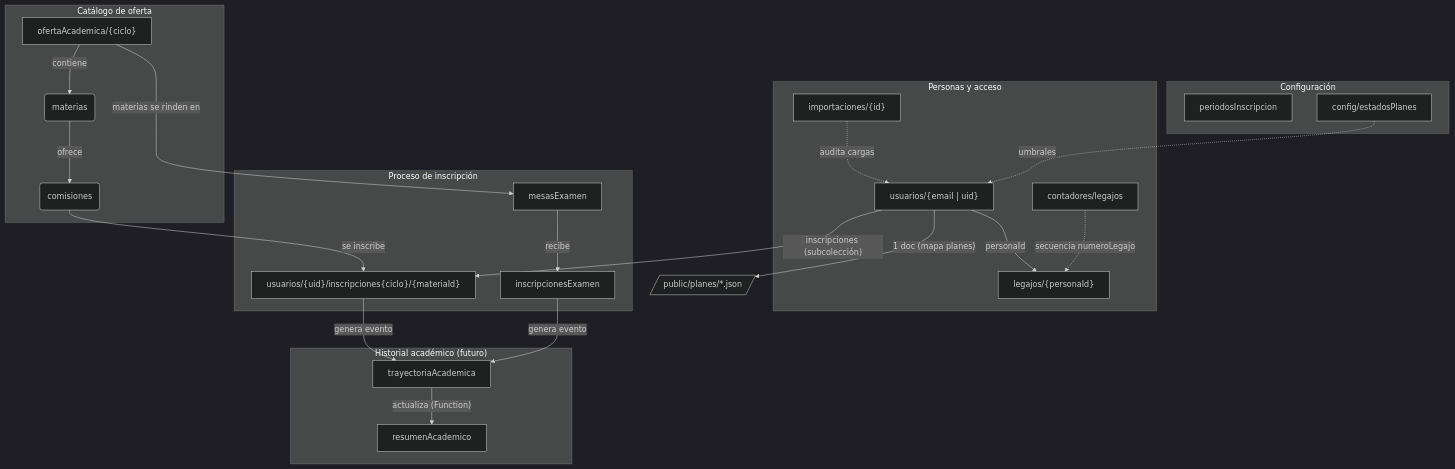
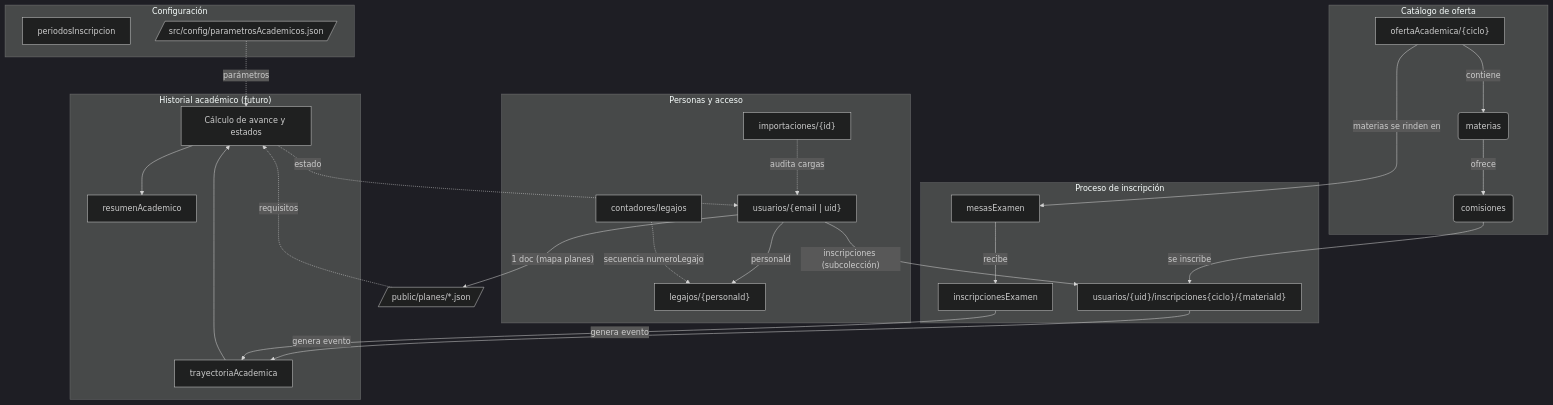
The diagram in docs/modelo-datos.md (informaticaesmn/sige), drawn with Mermaid (dark theme) before and after one commit. The commit also changed other lines of this file and 7 other files, not shown here.

````diff
--- a/docs/modelo-datos.md
+++ b/docs/modelo-datos.md
@@ -24,48 +32,52 @@
 ```mermaid
 graph TD
     subgraph "Configuración"
         PI[periodosInscripcion]
-        CFG[config/estadosPlanes]
+        PARAM[/"src/config/parametrosAcademicos.json"/]
     end
 
     subgraph "Catálogo de oferta"
         OA["ofertaAcademica/{ciclo}"]
         M(materias)
         S(comisiones)
     end
 
     subgraph "Personas y acceso"
         U["usuarios/{email | uid}"]
         L["legajos/{personaId}"]
         IMP["importaciones/{id}"]
         CTR["contadores/legajos"]
     end
 
     subgraph "Proceso de inscripción"
         IC["usuarios/{uid}/inscripciones{ciclo}/{materiaId}"]
         IE[inscripcionesExamen]
         ME[mesasExamen]
     end
 
     subgraph "Historial académico (futuro)"
         TA[trayectoriaAcademica]
         RA[resumenAcademico]
+        CALC[Cálculo de avance y estados]
     end
 
     JSON[/"public/planes/*.json"/]
 
     U -- "personaId" --> L
     U -- "1 doc (mapa planes)" --> JSON
     U -- "inscripciones (subcolección)" --> IC
     OA -- "contiene" --> M
     M -- "ofrece" --> S
     S -- "se inscribe" --> IC
     OA -- "materias se rinden en" --> ME
     ME -- "recibe" --> IE
     IC -- "genera evento" --> TA
     IE -- "genera evento" --> TA
-    TA -- "actualiza (Function)" --> RA
+    TA --> CALC
+    JSON -. "requisitos" .-> CALC
+    PARAM -. "parámetros" .-> CALC
+    CALC --> RA
+    CALC -. "estado" .-> U
     IMP -. "audita cargas" .-> U
     CTR -. "secuencia numeroLegajo" .-> L
-    CFG -. "umbrales" .-> U
 ```
````
